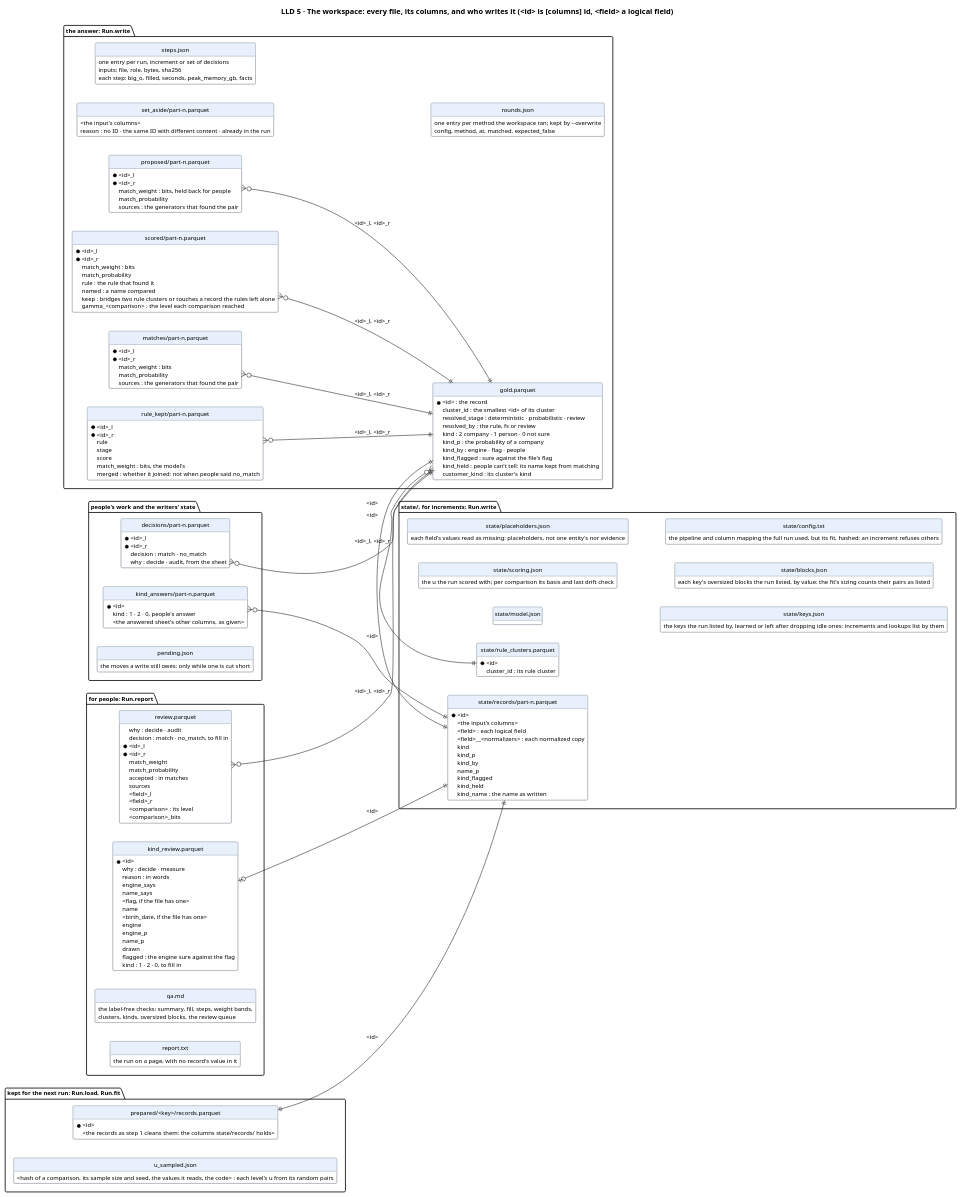
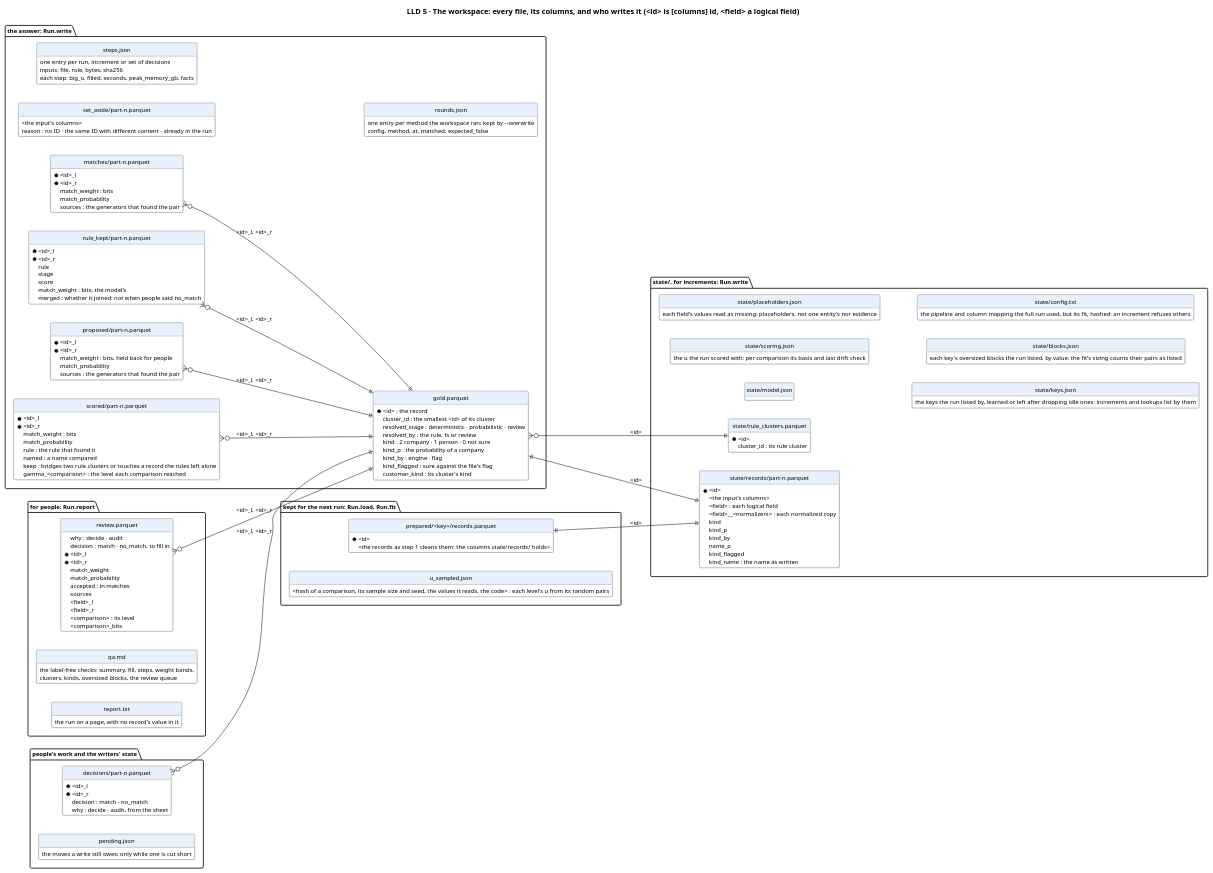
Before and after one commit to mvsbm/entity_matching: the diagram in docs/diagrams/data.puml, drawn with PlantUML. The commit also changed 41 other files, not shown here.

First line of the commit message:
A record's kind is the engine's own rule: a written legal form, a name the model is sure of, else the file's flag; people's person/company answers, the combiner fitted on them and the kind review sheet go

```diff
--- a/docs/diagrams/data.puml
+++ b/docs/diagrams/data.puml
@@ -1,193 +1,168 @@
 @startuml data
 title LLD 5 · The workspace: every file, its columns, and who writes it (<id> is [columns] id, <field> a logical field)
 set namespaceSeparator none
 left to right direction
 hide circle
 hide methods
 skinparam defaultFontSize 11
 skinparam class {
   BackgroundColor #FFFFFF
   BorderColor #65717E
   HeaderBackgroundColor #E8F1FB
 }
 
 package "the answer: Run.write" {
   entity "gold.parquet" as gold {
     * <id> : the record
     cluster_id : the smallest <id> of its cluster
     resolved_stage : deterministic · probabilistic · review
     resolved_by : the rule, fs or review
     kind : 2 company · 1 person · 0 not sure
     kind_p : the probability of a company
-    kind_by : engine · flag · people
+    kind_by : engine · flag
     kind_flagged : sure against the file's flag
-    kind_held : people can't tell: its name kept from matching
     customer_kind : its cluster's kind
   }
   entity "matches/part-n.parquet" as matches {
     * <id>_l
     * <id>_r
     match_weight : bits
     match_probability
     sources : the generators that found the pair
   }
   entity "rule_kept/part-n.parquet" as rule_kept {
     * <id>_l
     * <id>_r
     rule
     stage
     score
     match_weight : bits, the model's
     merged : whether it joined: not when people said no_match
   }
   entity "proposed/part-n.parquet" as proposed {
     * <id>_l
     * <id>_r
     match_weight : bits, held back for people
     match_probability
     sources : the generators that found the pair
   }
   entity "scored/part-n.parquet" as scored {
     * <id>_l
     * <id>_r
     match_weight : bits
     match_probability
     sources : the generators that found the pair (none: a rule alone)
     rule : the rule that found it
     named : a name compared
     keep : bridges two rule clusters or touches a record the rules left alone
     gamma_<comparison> : the level each comparison reached
   }
   entity "set_aside/part-n.parquet" as set_aside {
     <the input's columns>
     reason : no ID · the same ID with different content · already in the run
   }
   entity "steps.json" as steps {
     one entry per run, increment or set of decisions
     inputs: file, role, bytes, sha256
     each step: big_o, filled, seconds, peak_memory_gb, facts
   }
   entity "rounds.json" as rounds {
     one entry per method the workspace ran; kept by --overwrite
     config, method, at, matched, expected_false
   }
 }
 
 package "state/, for increments: Run.write" {
   entity "state/records/part-n.parquet" as records {
     * <id>
     <the input's columns>
     <field> : each logical field
     <field>__<normalizers> : each normalized copy
     kind
     kind_p
     kind_by
     name_p
     kind_flagged
-    kind_held
     kind_name : the name as written
   }
   entity "state/rule_clusters.parquet" as rule_clusters {
     * <id>
     cluster_id : its rule cluster
   }
   entity "state/model.json" as model {
     the model: λ, m and u per level (as Splink 5.0 writes it), the fit's facts
   }
   entity "state/scoring.json" as scoring {
     the u the run scored with; per comparison its basis and last drift check
   }
   entity "state/placeholders.json" as placeholders {
     each field's values read as missing: placeholders, not one entity's nor evidence
   }
   entity "state/keys.json" as keyfile {
     the keys the run listed by, learned or left after dropping idle ones: increments and lookups list by them
   }
   entity "state/blocks.json" as blocks {
     each key's oversized blocks the run listed, by value: the fit's sizing counts their pairs as listed
   }
   entity "state/config.txt" as config {
     the pipeline and column mapping the full run used, but its fit, hashed: an increment refuses others
   }
 }
 
 package "kept for the next run: Run.load, Run.fit" {
   entity "prepared/<key>/records.parquet" as prepared {
     * <id>
     <the records as step 1 cleans them: the columns state/records/ holds>
   }
   entity "u_sampled.json" as usampled {
     <hash of a comparison, its sample size and seed, the values it reads, the code> : each level's u from its random pairs
   }
 }
 
 package "for people: Run.report" {
   entity "review.parquet" as review {
     why : decide · audit
     decision : match · no_match, to fill in
     * <id>_l
     * <id>_r
     match_weight
     match_probability
     accepted : in matches
     sources
     <field>_l
     <field>_r
     <comparison> : its level
     <comparison>_bits
   }
-  entity "kind_review.parquet" as kind_review {
-    * <id>
-    why : decide · measure
-    reason : in words
-    engine_says
-    name_says
-    <flag, if the file has one>
-    name
-    <birth_date, if the file has one>
-    engine
-    engine_p
-    name_p
-    drawn
-    flagged : the engine sure against the flag
-    kind : 1 · 2 · 0, to fill in
-  }
   entity "qa.md" as qa {
     the label-free checks: summary, fill, steps, weight bands,
     clusters, kinds, oversized blocks, the review queue
   }
   entity "report.txt" as report {
     the run on a page, with no record's value in it
   }
 }
 
 package "people's work and the writers' state" {
   entity "decisions/part-n.parquet" as decisions {
     * <id>_l
     * <id>_r
     decision : match · no_match
     why : decide · audit, from the sheet
     round : the round it was decided in (rounds.json)
   }
-  entity "kind_answers/part-n.parquet" as kind_answers {
-    * <id>
-    kind : 1 · 2 · 0, people's answer
-    <the answered sheet's other columns, as given>
-  }
   entity "pending.json" as pending {
     the moves a write still owes; only while one is cut short
   }
 }
 
 gold }o--|| rule_clusters : <id>
 matches }o--|| gold : <id>_l, <id>_r
 rule_kept }o--|| gold : <id>_l, <id>_r
 proposed }o--|| gold : <id>_l, <id>_r
 scored }o--|| gold : <id>_l, <id>_r
 records ||--|| gold : <id>
-kind_answers }o--|| records : <id>
 prepared ||--|| records : <id>
 review }o--|| gold : <id>_l, <id>_r
-kind_review |o--|| records : <id>
 decisions }o--|| gold : <id>_l, <id>_r
 @enduml
```
